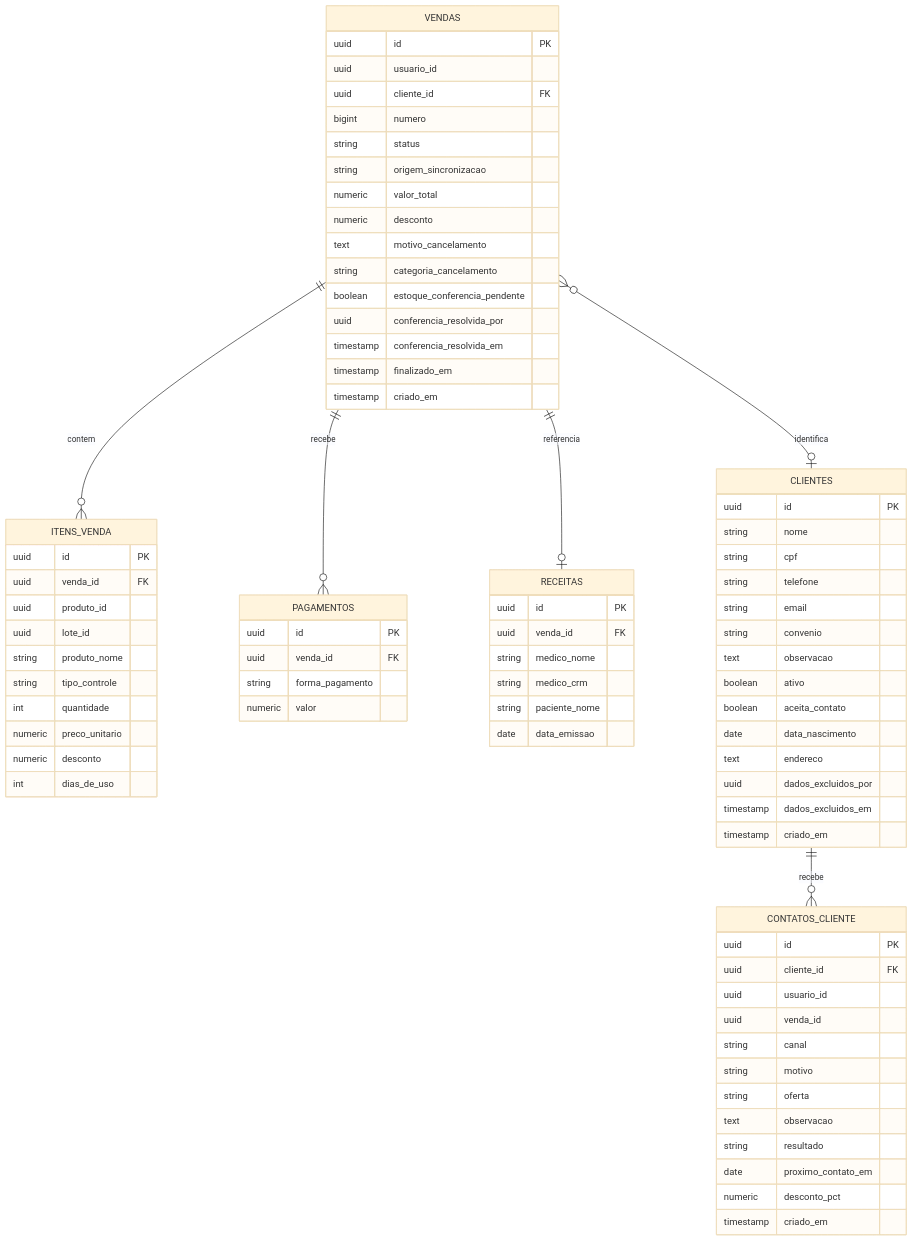
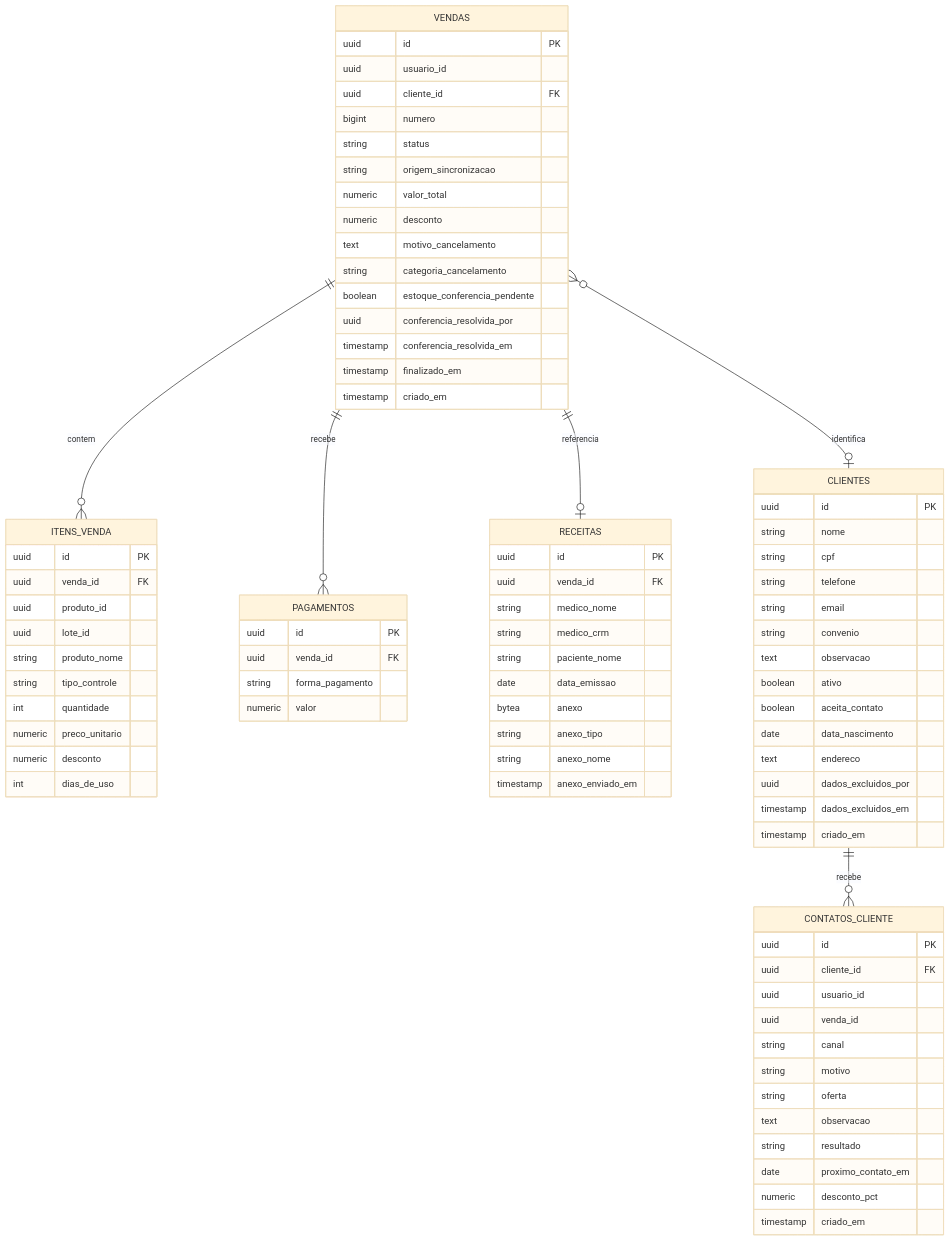
One commit to EduFerreira13/Arkos-Farmacia changed the third of 6 diagrams in docs/MODELO-DADOS.md. Above: the diagram before and after it, drawn with Mermaid (base theme). The commit also changed other lines of this file and 11 other files, not shown here.

```diff
--- a/docs/MODELO-DADOS.md
+++ b/docs/MODELO-DADOS.md
@@ -185,6 +185,10 @@
     string medico_crm
     string paciente_nome
     date data_emissao
+    bytea anexo
+    string anexo_tipo
+    string anexo_nome
+    timestamp anexo_enviado_em
   }
   CLIENTES {
     uuid id PK
```
